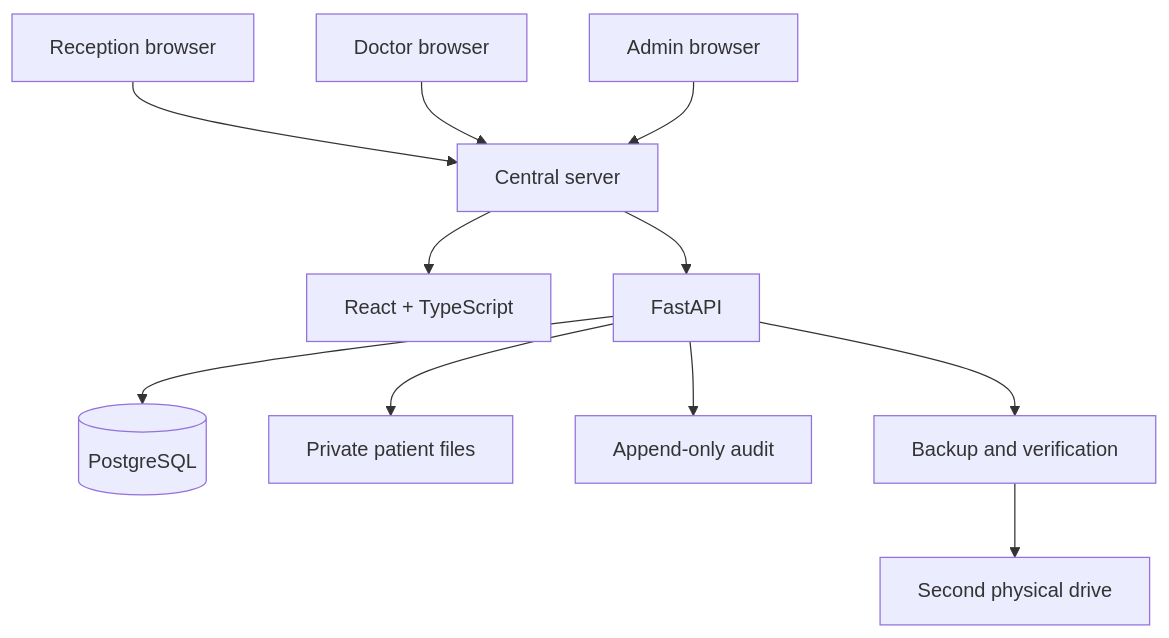
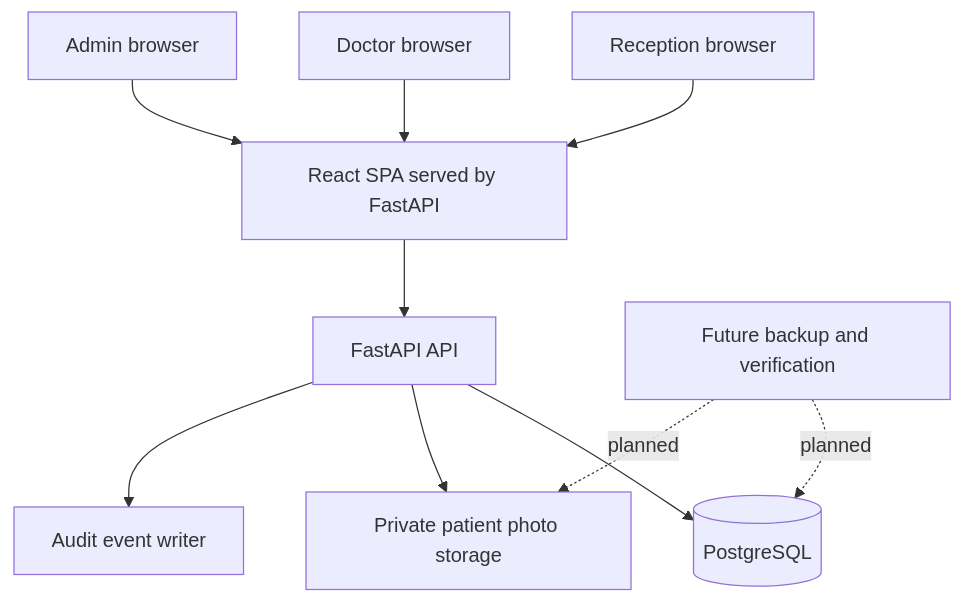
Before and after one commit to aayushsharma141/dr-sr: the diagram in ARCHITECTURE.md, drawn with Mermaid. The commit also changed other lines of this file, not shown here.

Commit message:
docs: align architecture with implemented v3 platform

````diff
--- a/ARCHITECTURE.md
+++ b/ARCHITECTURE.md
@@ -9,13 +9,12 @@
 ```mermaid
 flowchart TB
-  R[Reception browser] --> S[Central server]
-  D[Doctor browser] --> S
-  A[Admin browser] --> S
-  S --> F[React + TypeScript]
-  S --> API[FastAPI]
+  R[Reception browser] --> WEB[React SPA served by FastAPI]
+  D[Doctor browser] --> WEB
+  A[Admin browser] --> WEB
+  WEB --> API[FastAPI API]
   API --> DB[(PostgreSQL)]
-  API --> FS[Private patient files]
-  API --> AU[Append-only audit]
-  API --> BK[Backup and verification]
-  BK --> DRIVE[Second physical drive]
+  API --> FS[Private patient photo storage]
+  API --> AU[Audit event writer]
+  BK[Future backup and verification] -. planned .-> DB
+  BK -. planned .-> FS
 ```
````
